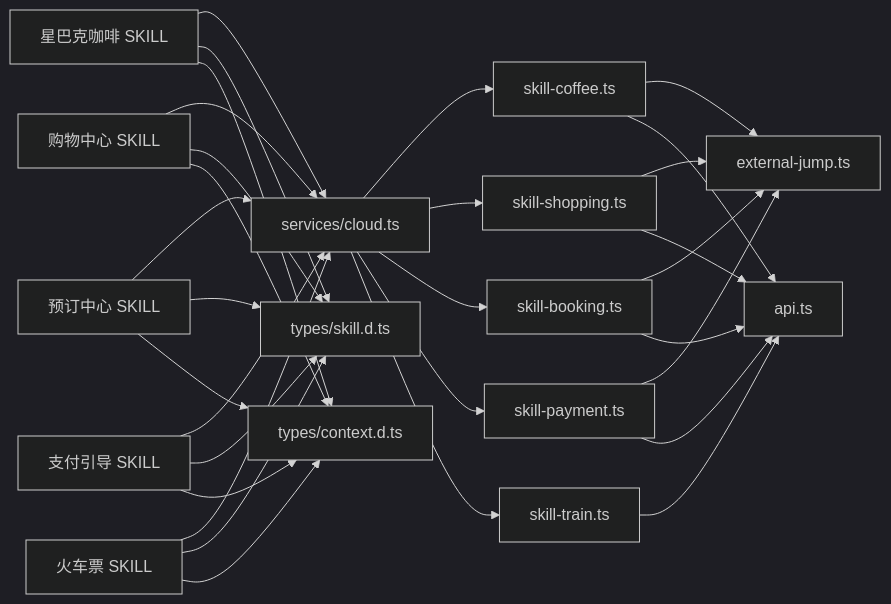
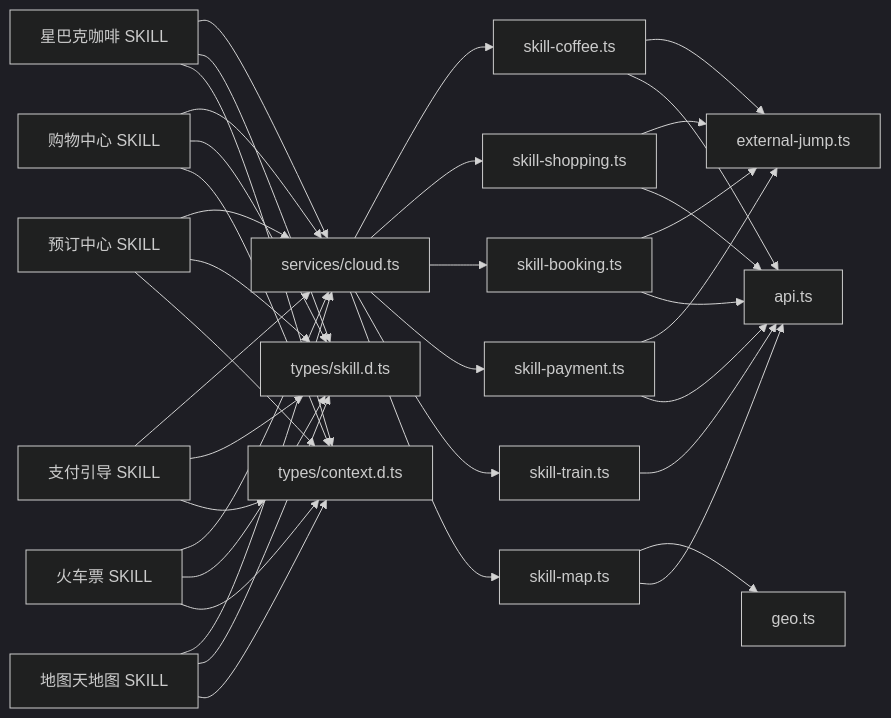
One commit to Ichi-Hackton/WAIC-WeChat-MiniProgram changed the ninth of 9 diagrams in .qoder/repowiki/zh/content/SKILL系统/内置SKILL/内置SKILL.md. Above: the diagram before and after it, drawn with Mermaid (dark theme). The commit also changed other lines of this file and 28 other files, not shown here.

````diff
--- a/.qoder/repowiki/zh/content/SKILL系统/内置SKILL/内置SKILL.md
+++ b/.qoder/repowiki/zh/content/SKILL系统/内置SKILL/内置SKILL.md
@@ -443,32 +516,38 @@
 ```mermaid
 graph LR
 Coffee["星巴克咖啡 SKILL"] --> Cloud["services/cloud.ts"]
 Shopping["购物中心 SKILL"] --> Cloud
 Booking["预订中心 SKILL"] --> Cloud
 Payment["支付引导 SKILL"] --> Cloud
 Train["火车票 SKILL"] --> Cloud
+Map["地图天地图 SKILL"] --> Cloud
 Cloud --> CoffeeCloud["skill-coffee.ts"]
 Cloud --> ShoppingCloud["skill-shopping.ts"]
 Cloud --> BookingCloud["skill-booking.ts"]
 Cloud --> PaymentCloud["skill-payment.ts"]
 Cloud --> TrainCloud["skill-train.ts"]
+Cloud --> MapCloud["skill-map.ts"]
 CoffeeCloud --> ExternalJump["external-jump.ts"]
 ShoppingCloud --> ExternalJump
 BookingCloud --> ExternalJump
 PaymentCloud --> ExternalJump
-TrainCloud --> Api["api.ts"]
+MapCloud --> GeoTool["geo.ts"]
+MapCloud --> Api["api.ts"]
 CoffeeCloud --> Api
 ShoppingCloud --> Api
 BookingCloud --> Api
 PaymentCloud --> Api
+TrainCloud --> Api
 Coffee --> Types["types/skill.d.ts"]
 Shopping --> Types
 Booking --> Types
 Payment --> Types
 Train --> Types
+Map --> Types
 Coffee --> Ctx["types/context.d.ts"]
 Shopping --> Ctx
 Booking --> Ctx
 Payment --> Ctx
 Train --> Ctx
+Map --> Ctx
 ```
````
